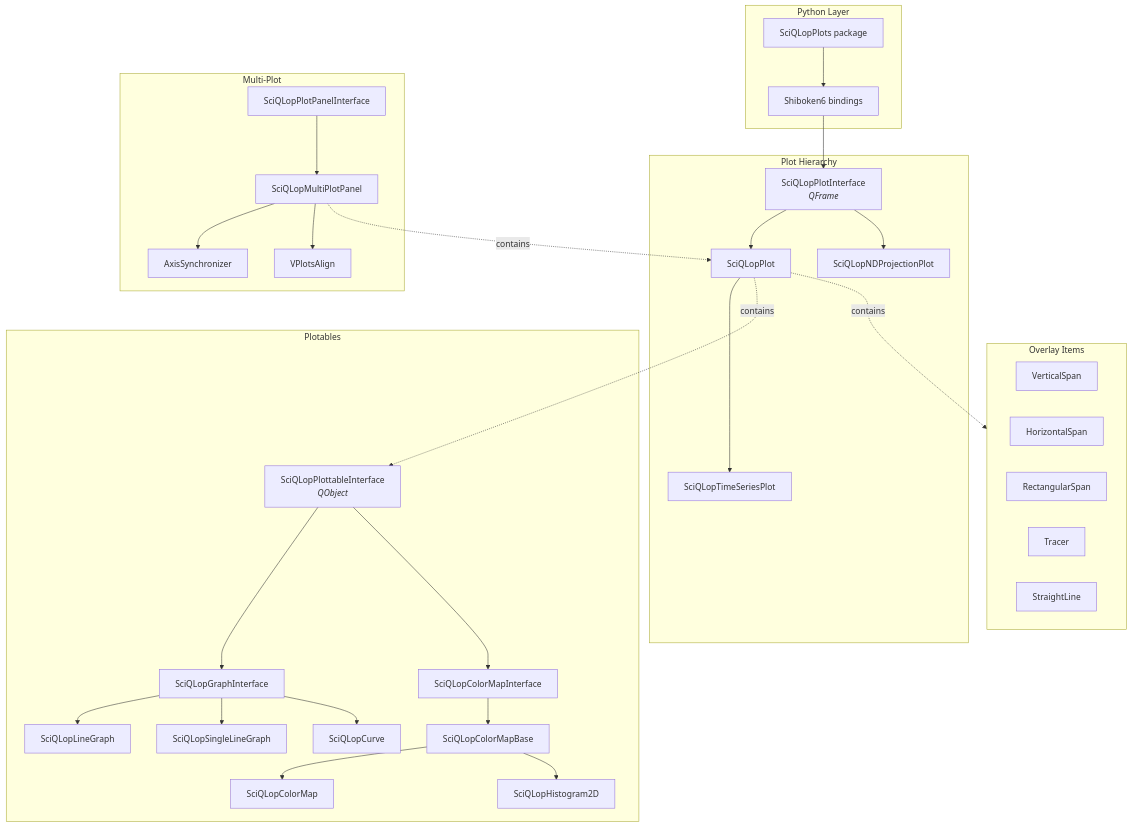
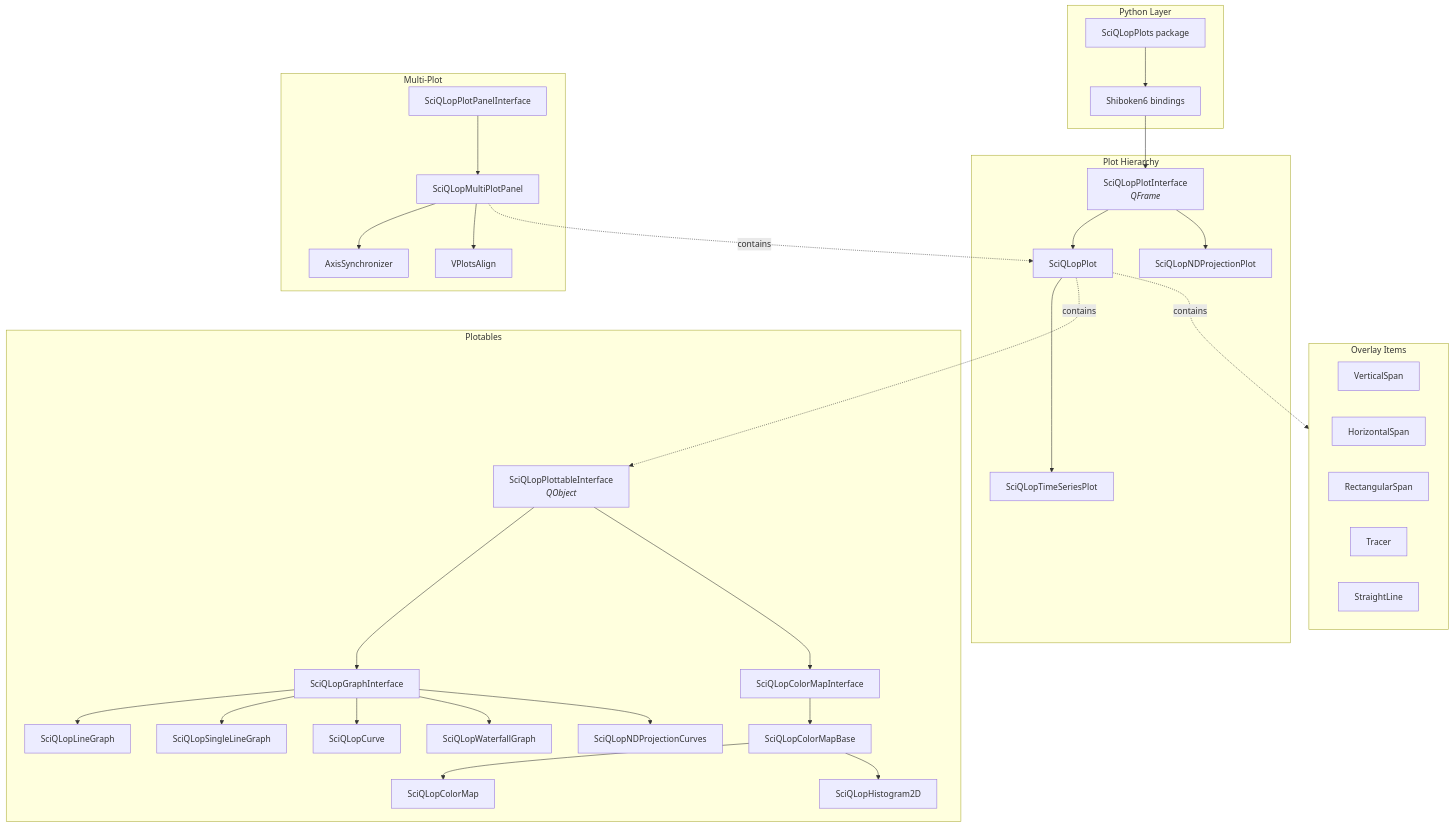
Before and after one commit to SciQLop/SciQLopPlots: the first of 2 diagrams in README.md, drawn with Mermaid. The commit also changed other lines of this file, not shown here.

First line of the commit message:
README: refresh plot-type list, diagram, and build defaults

````diff
--- a/README.md
+++ b/README.md
@@ -24,64 +24,68 @@
 ```mermaid
 graph TD
     subgraph Python["Python Layer"]
         PY[SciQLopPlots package]
         SB[Shiboken6 bindings]
     end
 
     subgraph Plots["Plot Hierarchy"]
         PI[SciQLopPlotInterface<br/><i>QFrame</i>]
         SP[SciQLopPlot]
         TSP[SciQLopTimeSeriesPlot]
         NDP[SciQLopNDProjectionPlot]
     end
 
     subgraph Plotables["Plotables"]
         PTI[SciQLopPlottableInterface<br/><i>QObject</i>]
         GI[SciQLopGraphInterface]
         CMI[SciQLopColorMapInterface]
         LG[SciQLopLineGraph]
         SLG[SciQLopSingleLineGraph]
         CRV[SciQLopCurve]
+        WF[SciQLopWaterfallGraph]
+        NDC[SciQLopNDProjectionCurves]
         CMB[SciQLopColorMapBase]
         CM[SciQLopColorMap]
         H2D[SciQLopHistogram2D]
     end
 
     subgraph Items["Overlay Items"]
         VS[VerticalSpan]
         HS[HorizontalSpan]
         RS[RectangularSpan]
         TR[Tracer]
         SL[StraightLine]
     end
 
     subgraph MultiPlot["Multi-Plot"]
         PPI[SciQLopPlotPanelInterface]
         MPP[SciQLopMultiPlotPanel]
         AX[AxisSynchronizer]
         VA[VPlotsAlign]
     end
 
     PY --> SB --> PI
 
     PI --> SP
     PI --> NDP
     SP --> TSP
 
     PTI --> GI
     PTI --> CMI
     GI --> LG
     GI --> SLG
     GI --> CRV
+    GI --> WF
+    GI --> NDC
     CMI --> CMB
     CMB --> CM
     CMB --> H2D
 
     PPI --> MPP
     MPP --> AX
     MPP --> VA
 
     SP -.->|contains| PTI
     SP -.->|contains| Items
     MPP -.->|contains| SP
 ```
````
